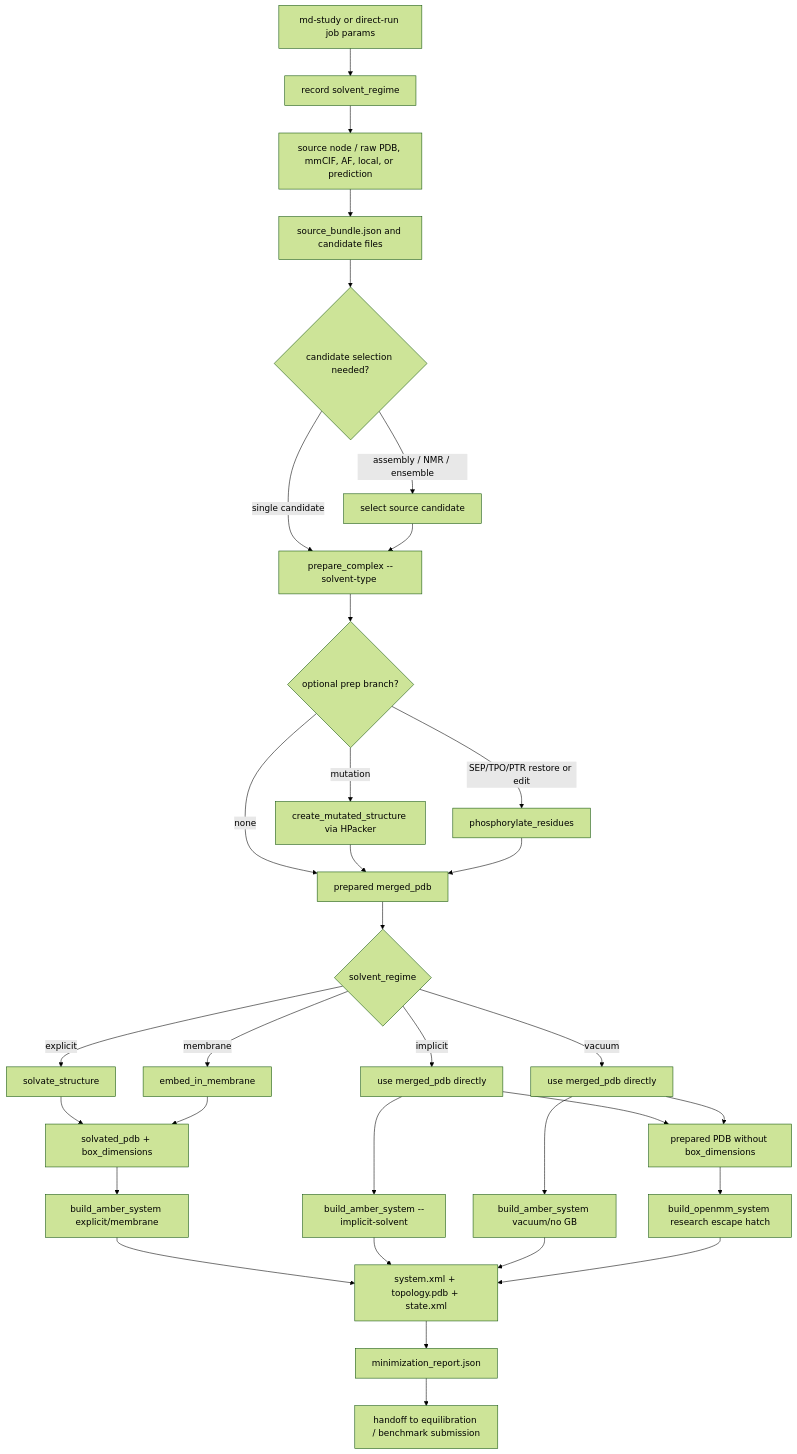
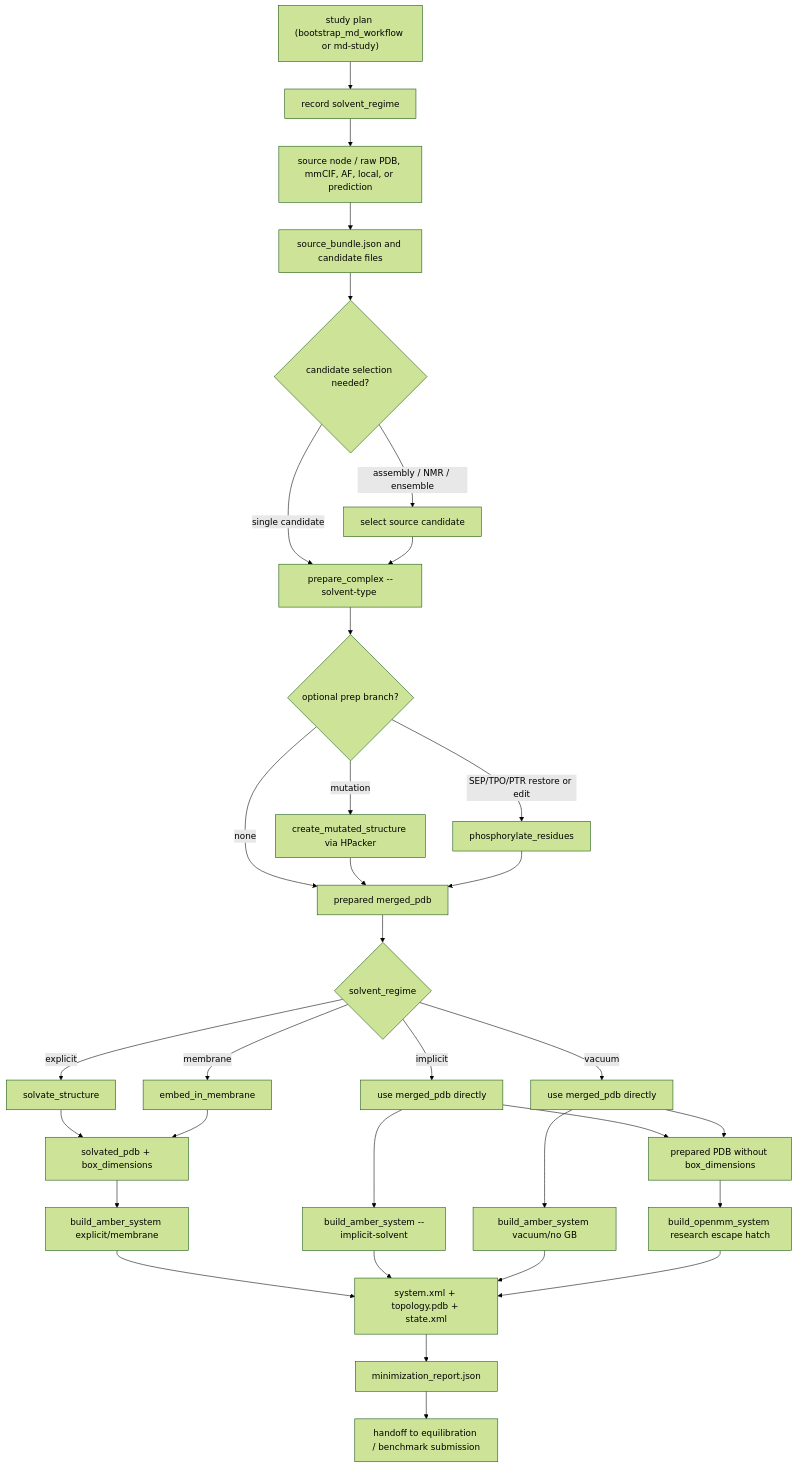
Before and after one commit to matsunagalab/mdclaw: the first of 6 diagrams in docs/research/prep_workflow_flowchart.md, drawn with Mermaid (forest theme). The commit also changed other lines of this file and 9 other files, not shown here.

Commit message:
Unify MD workflow study bootstrap

````diff
--- a/docs/research/prep_workflow_flowchart.md
+++ b/docs/research/prep_workflow_flowchart.md
@@ -41,40 +41,40 @@
 ```mermaid
 flowchart TD
-  S["md-study or direct-run job params"] --> S1["record solvent_regime"]
+  S["study plan (bootstrap_md_workflow or md-study)"] --> S1["record solvent_regime"]
   S1 --> A["source node / raw PDB, mmCIF, AF, local, or prediction"]
   A --> B["source_bundle.json and candidate files"]
   B --> C{"candidate selection needed?"}
   C -->|"single candidate"| D["prepare_complex --solvent-type <regime>"]
   C -->|"assembly / NMR / ensemble"| E["select source candidate"]
   E --> D
 
   D --> F{"optional prep branch?"}
   F -->|"mutation"| F1["create_mutated_structure via HPacker"]
   F -->|"SEP/TPO/PTR restore or edit"| F2["phosphorylate_residues"]
   F -->|"none"| G["prepared merged_pdb"]
   F1 --> G
   F2 --> G
 
   G --> H{"solvent_regime"}
   H -->|"explicit"| I["solvate_structure"]
   H -->|"membrane"| J["embed_in_membrane"]
   H -->|"implicit"| K["use merged_pdb directly"]
   H -->|"vacuum"| V["use merged_pdb directly"]
 
   I --> L["solvated_pdb + box_dimensions"]
   J --> L
   K --> M["prepared PDB without box_dimensions"]
   V --> M
 
   L --> N["build_amber_system explicit/membrane"]
   K --> N1["build_amber_system --implicit-solvent"]
   V --> N2["build_amber_system vacuum/no GB"]
   M --> O["build_openmm_system research escape hatch"]
 
   N --> P["system.xml + topology.pdb + state.xml"]
   N1 --> P
   N2 --> P
   O --> P
   P --> Q["minimization_report.json"]
   Q --> R["handoff to equilibration / benchmark submission"]
 ```
````
